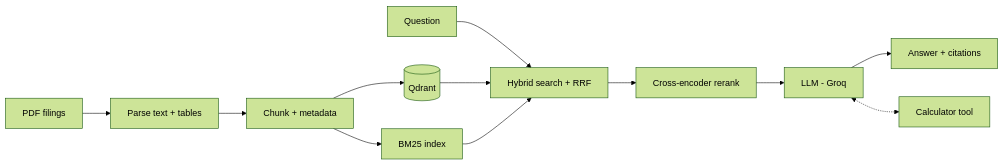
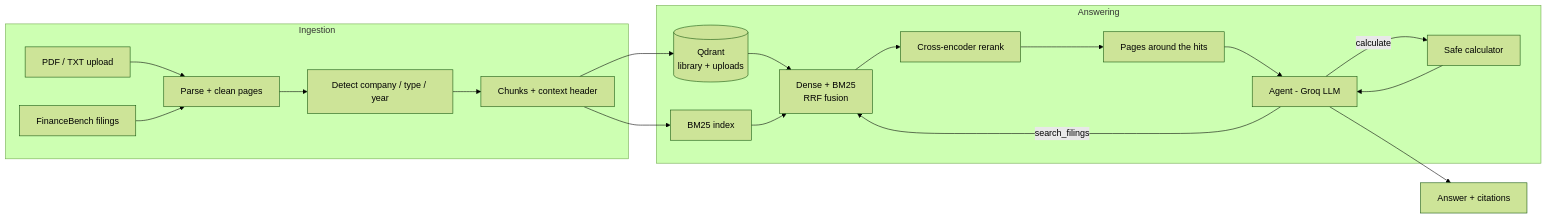
The diagram in README.md (EyaNajlaoui/finquery), drawn with Mermaid (forest theme) before and after one commit. The commit also changed other lines of this file and 42 other files, not shown here.

Commit message:
Steps 4-7: generation, agent, app with uploads, logging, README

````diff
--- a/README.md
+++ b/README.md
@@ -32,14 +43,22 @@
 ```mermaid
 flowchart LR
-    A[PDF filings] --> B[Parse text + tables]
-    B --> C[Chunk + metadata]
-    C --> D[(Qdrant)]
-    C --> E[BM25 index]
-    Q[Question] --> F[Hybrid search + RRF]
-    D --> F
-    E --> F
-    F --> G[Cross-encoder rerank]
-    G --> H[LLM - Groq]
-    H --> I[Answer + citations]
-    H <-.-> T[Calculator tool]
+    subgraph Ingestion
+        U[PDF / TXT upload] --> P[Parse + clean pages]
+        L[FinanceBench filings] --> P
+        P --> M[Detect company / type / year]
+        M --> C[Chunks + context header]
+    end
+    C --> Q[(Qdrant<br/>library + uploads)]
+    C --> B[BM25 index]
+    subgraph Answering
+        A[Agent - Groq LLM] -->|search_filings| S[Dense + BM25<br/>RRF fusion]
+        Q --> S
+        B --> S
+        S --> R[Cross-encoder rerank]
+        R --> W[Pages around the hits]
+        W --> A
+        A -->|calculate| K[Safe calculator]
+        K --> A
+    end
+    A --> O[Answer + citations]
 ```
````
